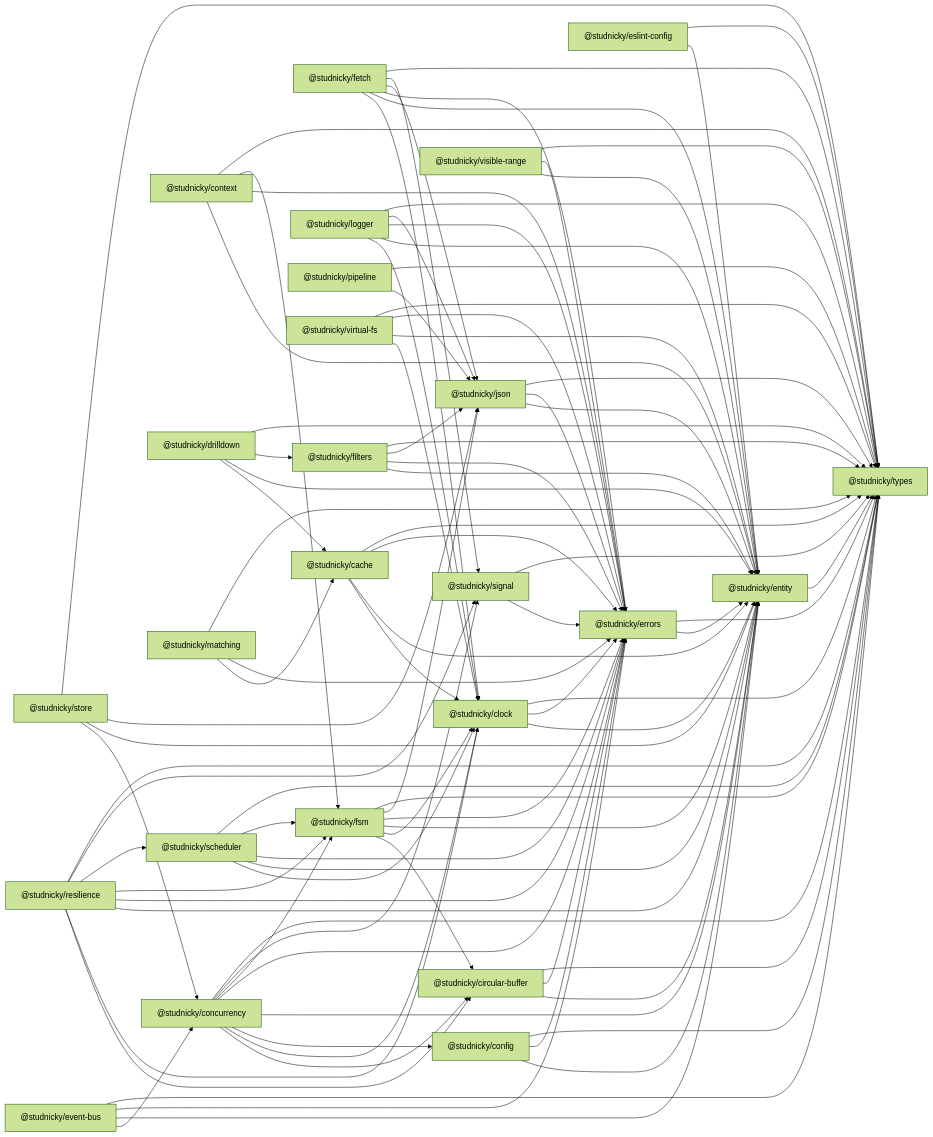
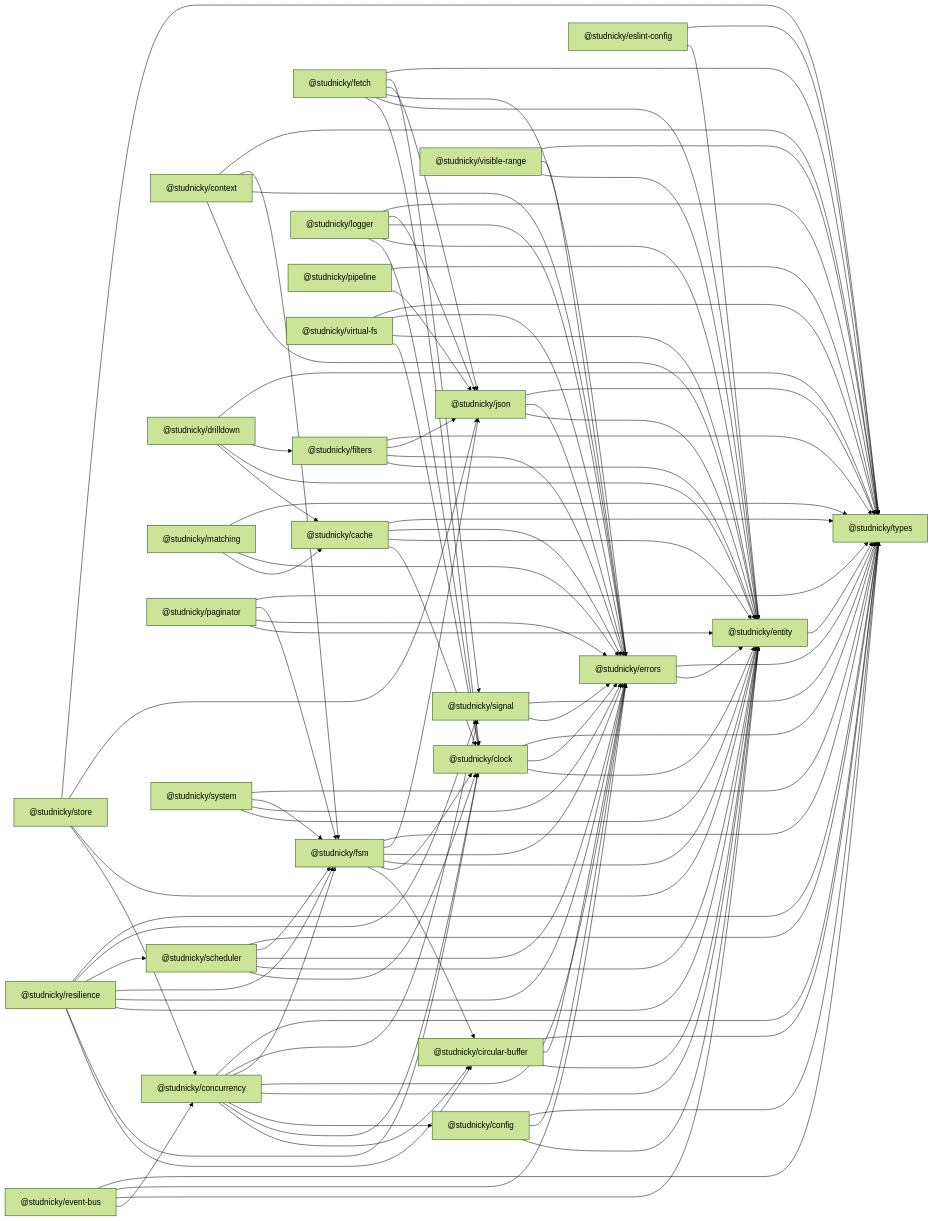
The diagram in docs/dependency-graph.md (Studnicky/substrate), drawn with Mermaid (forest theme) before and after one commit.

Commit message:
docs(deps): regenerate dependency graph for restored packages
Claude-Session: https://claude.ai/code/session_014oGzg7BoLAKHRuVjbS8uuC

```diff
--- a/docs/dependency-graph.md
+++ b/docs/dependency-graph.md
@@ -21,11 +21,13 @@
 p__studnicky_json["@studnicky/json"]
 p__studnicky_logger["@studnicky/logger"]
 p__studnicky_matching["@studnicky/matching"]
+p__studnicky_paginator["@studnicky/paginator"]
 p__studnicky_pipeline["@studnicky/pipeline"]
 p__studnicky_resilience["@studnicky/resilience"]
 p__studnicky_scheduler["@studnicky/scheduler"]
 p__studnicky_signal["@studnicky/signal"]
 p__studnicky_store["@studnicky/store"]
+p__studnicky_system["@studnicky/system"]
 p__studnicky_types["@studnicky/types"]
 p__studnicky_virtual_fs["@studnicky/virtual-fs"]
 p__studnicky_visible_range["@studnicky/visible-range"]
@@ -94,6 +96,10 @@
 p__studnicky_matching --> p__studnicky_cache
 p__studnicky_matching --> p__studnicky_errors
 p__studnicky_matching --> p__studnicky_types
+p__studnicky_paginator --> p__studnicky_entity
+p__studnicky_paginator --> p__studnicky_errors
+p__studnicky_paginator --> p__studnicky_fsm
+p__studnicky_paginator --> p__studnicky_types
 p__studnicky_pipeline --> p__studnicky_json
 p__studnicky_pipeline --> p__studnicky_types
 p__studnicky_resilience --> p__studnicky_circular_buffer
@@ -115,6 +121,10 @@
 p__studnicky_store --> p__studnicky_entity
 p__studnicky_store --> p__studnicky_json
 p__studnicky_store --> p__studnicky_types
+p__studnicky_system --> p__studnicky_entity
+p__studnicky_system --> p__studnicky_errors
+p__studnicky_system --> p__studnicky_fsm
+p__studnicky_system --> p__studnicky_types
 p__studnicky_virtual_fs --> p__studnicky_clock
 p__studnicky_virtual_fs --> p__studnicky_entity
 p__studnicky_virtual_fs --> p__studnicky_errors
```
